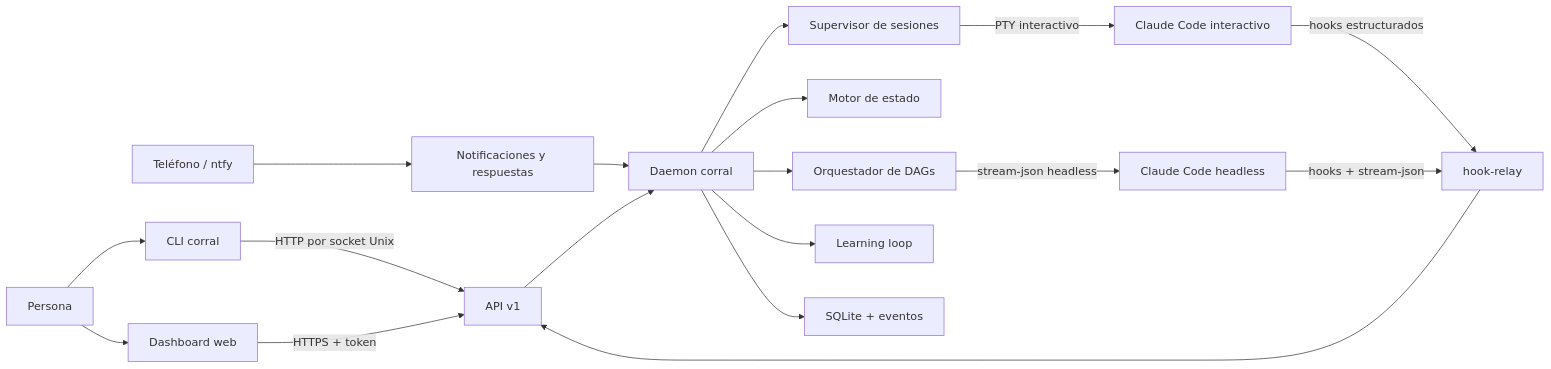
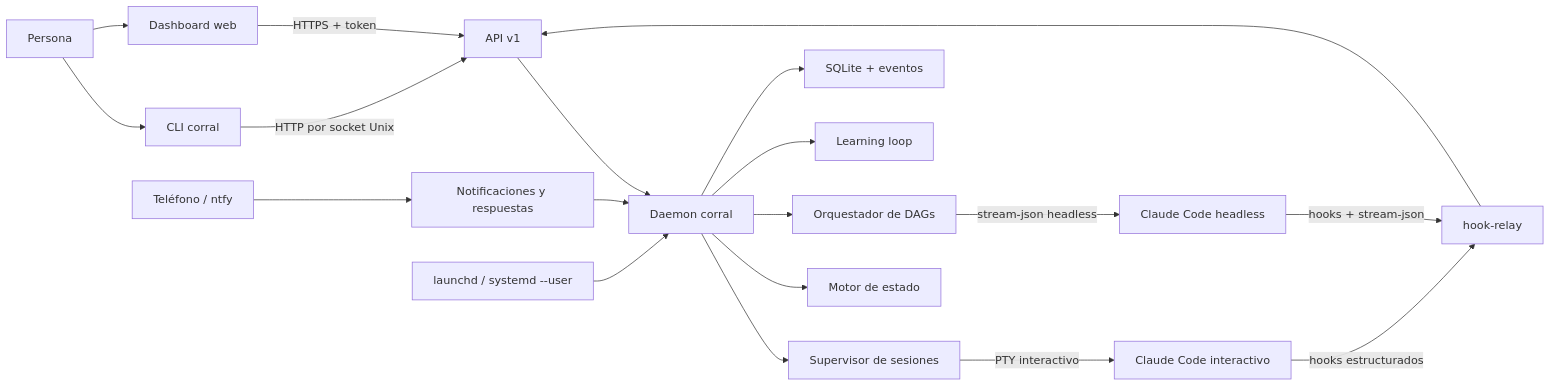
Before and after one commit to djbu/corral: the first of 3 diagrams in docs/manual/ARQUITECTURA.md, drawn with Mermaid. The commit also changed other lines of this file and 18 other files, not shown here.

First line of the commit message:
M7C: safe daemon lifecycle and per-user services (#3)

````diff
--- a/docs/manual/ARQUITECTURA.md
+++ b/docs/manual/ARQUITECTURA.md
@@ -22,23 +22,24 @@
 ```mermaid
 flowchart LR
     Human["Persona"] --> CLI["CLI corral"]
     Human --> Web["Dashboard web"]
     Phone["Teléfono / ntfy"] --> Notify["Notificaciones y respuestas"]
 
     CLI -->|"HTTP por socket Unix"| API["API v1"]
     Web -->|"HTTPS + token"| API
     Notify --> Daemon["Daemon corral"]
     API --> Daemon
+    UserMgr["launchd / systemd --user"] --> Daemon
 
     Daemon --> Supervisor["Supervisor de sesiones"]
     Daemon --> State["Motor de estado"]
     Daemon --> Orch["Orquestador de DAGs"]
     Daemon --> Learn["Learning loop"]
     Daemon --> DB["SQLite + eventos"]
 
     Supervisor -->|"PTY interactivo"| ClaudeI["Claude Code interactivo"]
     Orch -->|"stream-json headless"| ClaudeH["Claude Code headless"]
     ClaudeI -->|"hooks estructurados"| Relay["hook-relay"]
     ClaudeH -->|"hooks + stream-json"| Relay
     Relay --> API
 ```
````
